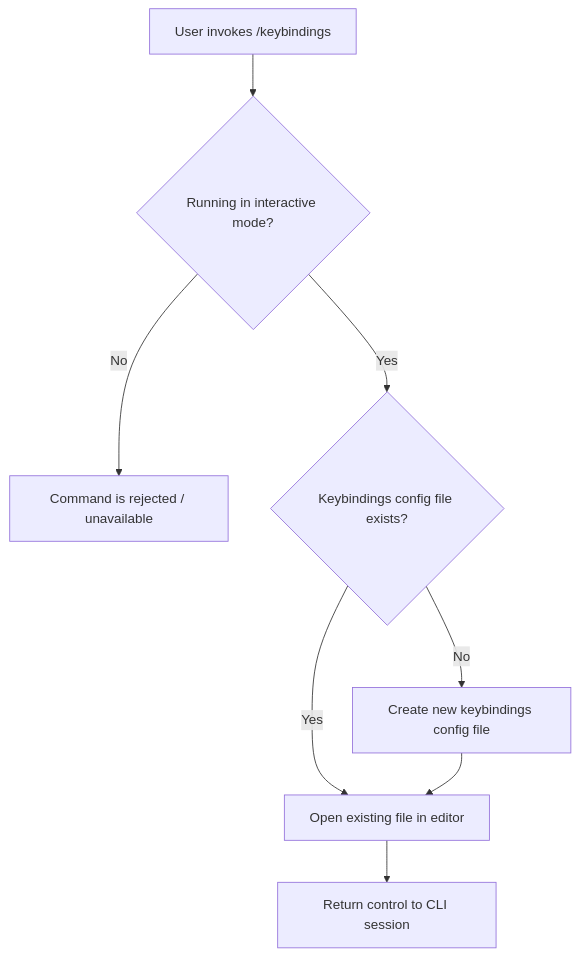
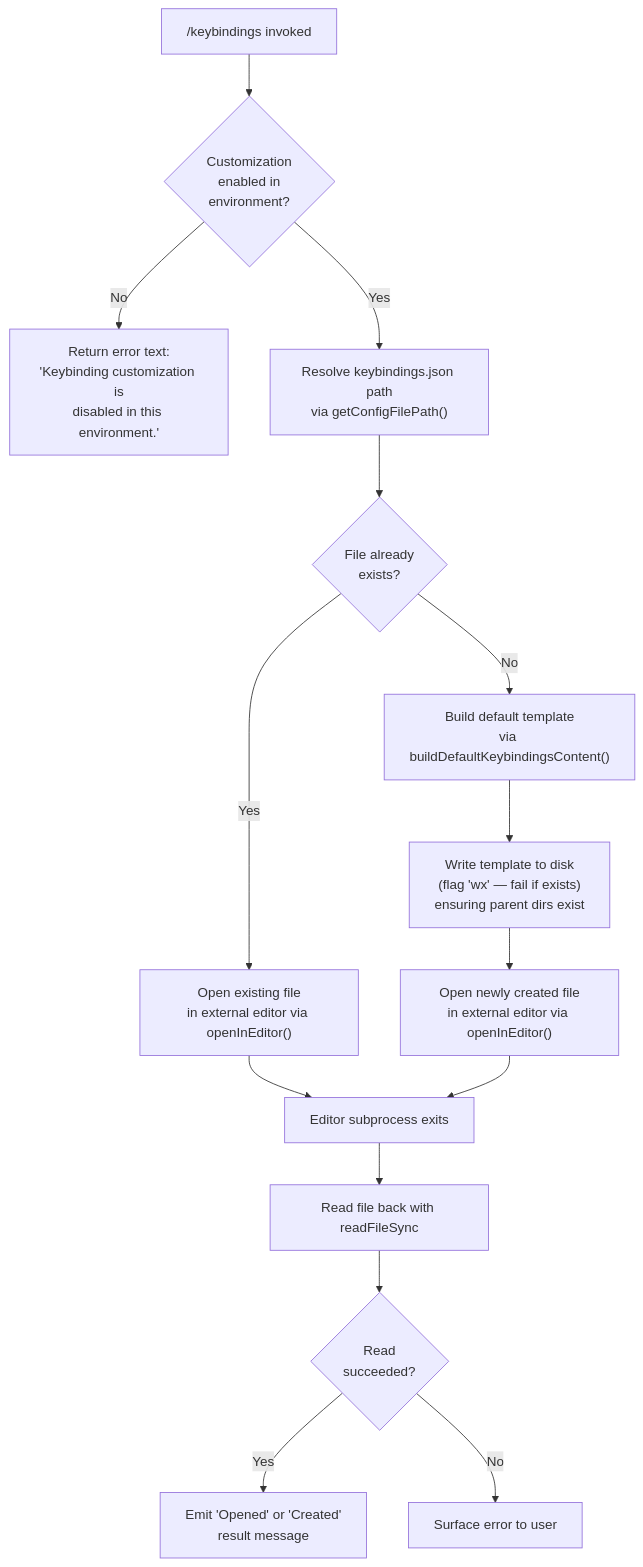
Before and after one commit to MyLittleLuckyDog/cc-gnothi: the diagram in versions/v2.1.139/keybindings.md, drawn with Mermaid. The commit also changed other lines of this file and 97 other files, not shown here.

````diff
--- a/versions/v2.1.139/keybindings.md
+++ b/versions/v2.1.139/keybindings.md
@@ -46,10 +56,17 @@
 ```mermaid
 flowchart TD
-    A[User invokes /keybindings] --> B{Running in interactive mode?}
-    B -- No --> C[Command is rejected / unavailable]
-    B -- Yes --> D{Keybindings config file exists?}
-    D -- Yes --> E[Open existing file in editor]
-    D -- No --> F[Create new keybindings config file]
-    F --> E
-    E --> G[Return control to CLI session]
+    A["/keybindings invoked"] --> B{Customization\nenabled in\nenvironment?}
+    B -- No --> C["Return error text:\n'Keybinding customization is\ndisabled in this environment.'"]
+    B -- Yes --> D["Resolve keybindings.json path\nvia getConfigFilePath()"]
+    D --> E{File already\nexists?}
+    E -- Yes --> F["Open existing file\nin external editor via openInEditor()"]
+    E -- No --> G["Build default template\nvia buildDefaultKeybindingsContent()"]
+    G --> H["Write template to disk\n(flag 'wx' — fail if exists)\nensuring parent dirs exist"]
+    H --> I["Open newly created file\nin external editor via openInEditor()"]
+    F --> J["Editor subprocess exits"]
+    I --> J
+    J --> K["Read file back with readFileSync"]
+    K --> L{Read\nsucceeded?}
+    L -- Yes --> M["Emit 'Opened' or 'Created'\nresult message"]
+    L -- No --> N["Surface error to user"]
 ```
````
